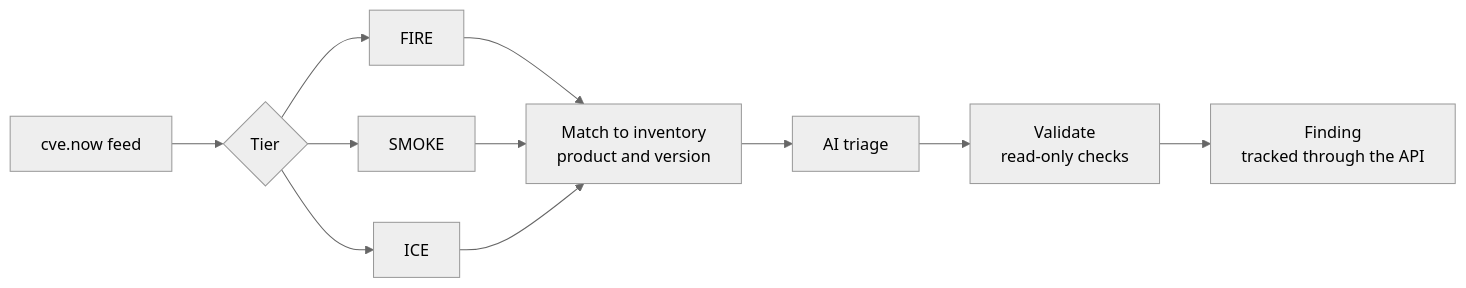
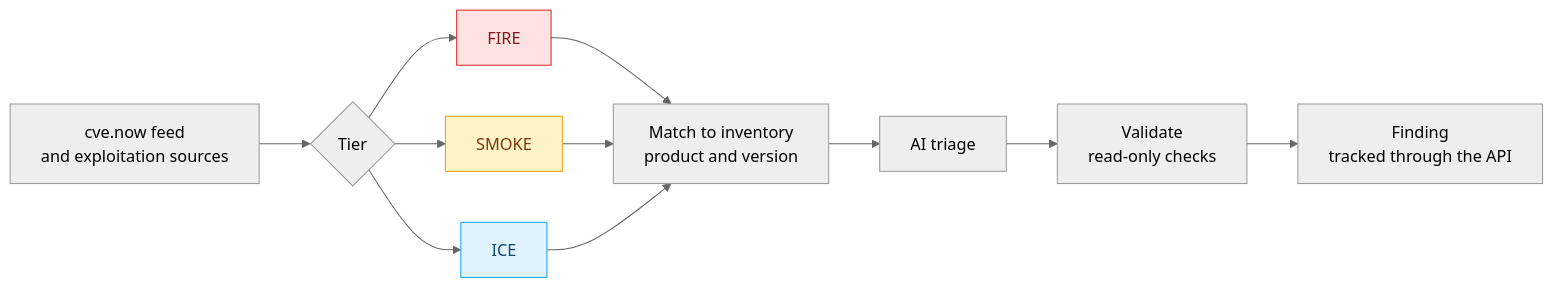
Before and after one commit to hevnsnt/CVEngine: the second of 2 diagrams in README.md, drawn with Mermaid (neutral theme). The commit also changed other lines of this file and 82 other files, not shown here.

````diff
--- a/README.md
+++ b/README.md
@@ -95,13 +115,20 @@
 ```mermaid
 flowchart LR
-    F["cve.now feed"] --> T{"Tier"}
+    F["cve.now feed<br/>and exploitation sources"] --> T{"Tier"}
     T --> FIRE["FIRE"]
     T --> SMOKE["SMOKE"]
     T --> ICE["ICE"]
     FIRE --> M["Match to inventory<br/>product and version"]
     SMOKE --> M
     ICE --> M
     M --> V["AI triage"]
     V --> X["Validate<br/>read-only checks"]
     X --> OUT["Finding<br/>tracked through the API"]
+
+    classDef fire fill:#fee2e2,stroke:#dc2626,color:#7f1d1d
+    classDef smoke fill:#fef3c7,stroke:#f59e0b,color:#78350f
+    classDef ice fill:#e0f2fe,stroke:#0ea5e9,color:#0c4a6e
+    class FIRE fire
+    class SMOKE smoke
+    class ICE ice
 ```
````
